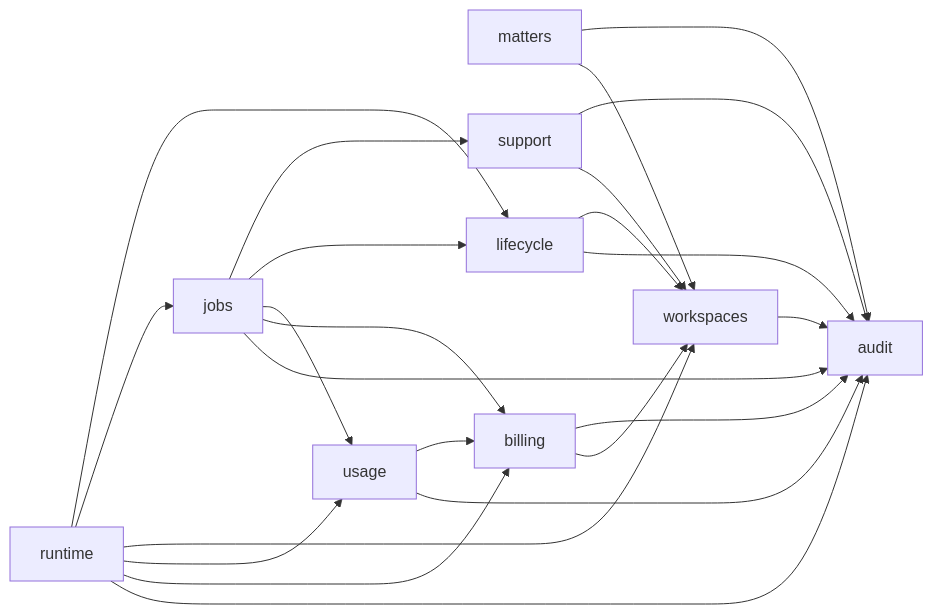
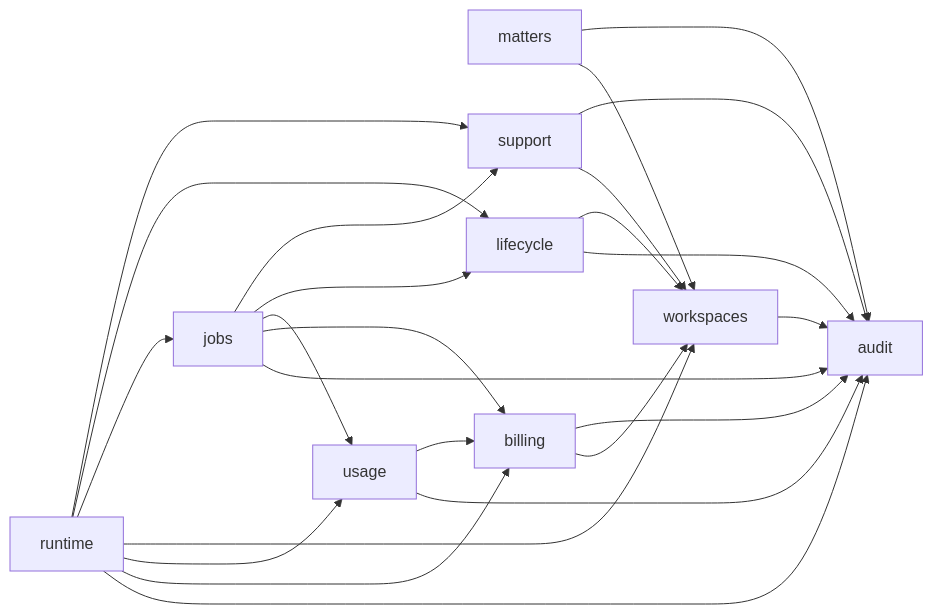
The diagram in docs/engineering/core-domains.md (RapierCraftStudios/causedeck), drawn with Mermaid before and after one commit. The commit also changed other lines of this file and 40 other files, not shown here.

````diff
--- a/docs/engineering/core-domains.md
+++ b/docs/engineering/core-domains.md
@@ -56,25 +56,26 @@
 ```mermaid
 graph LR
   workspaces --> audit
   matters --> workspaces
   matters --> audit
   billing --> workspaces
   billing --> audit
   usage --> audit
   usage --> billing
   lifecycle --> audit
   lifecycle --> workspaces
   support --> workspaces
   support --> audit
   jobs --> audit
   jobs --> billing
   jobs --> usage
   jobs --> lifecycle
   jobs --> support
   runtime --> audit
   runtime --> billing
   runtime --> usage
   runtime --> workspaces
   runtime --> jobs
   runtime --> lifecycle
+  runtime --> support
 ```
````
